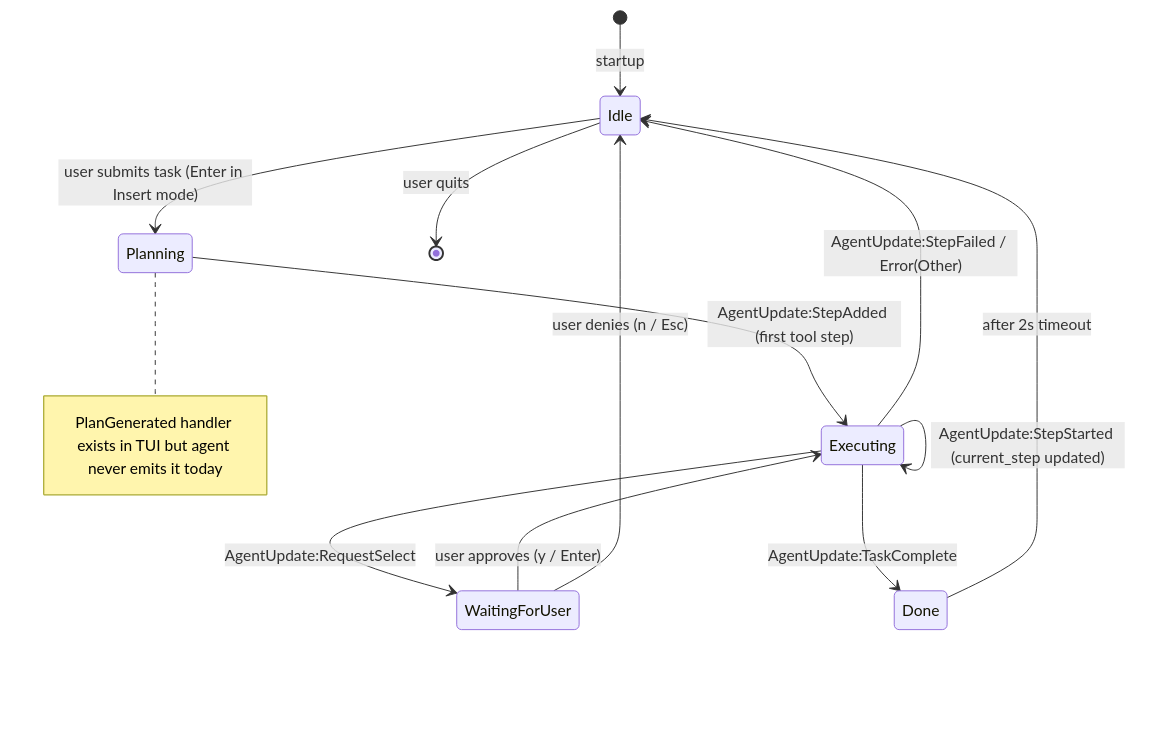
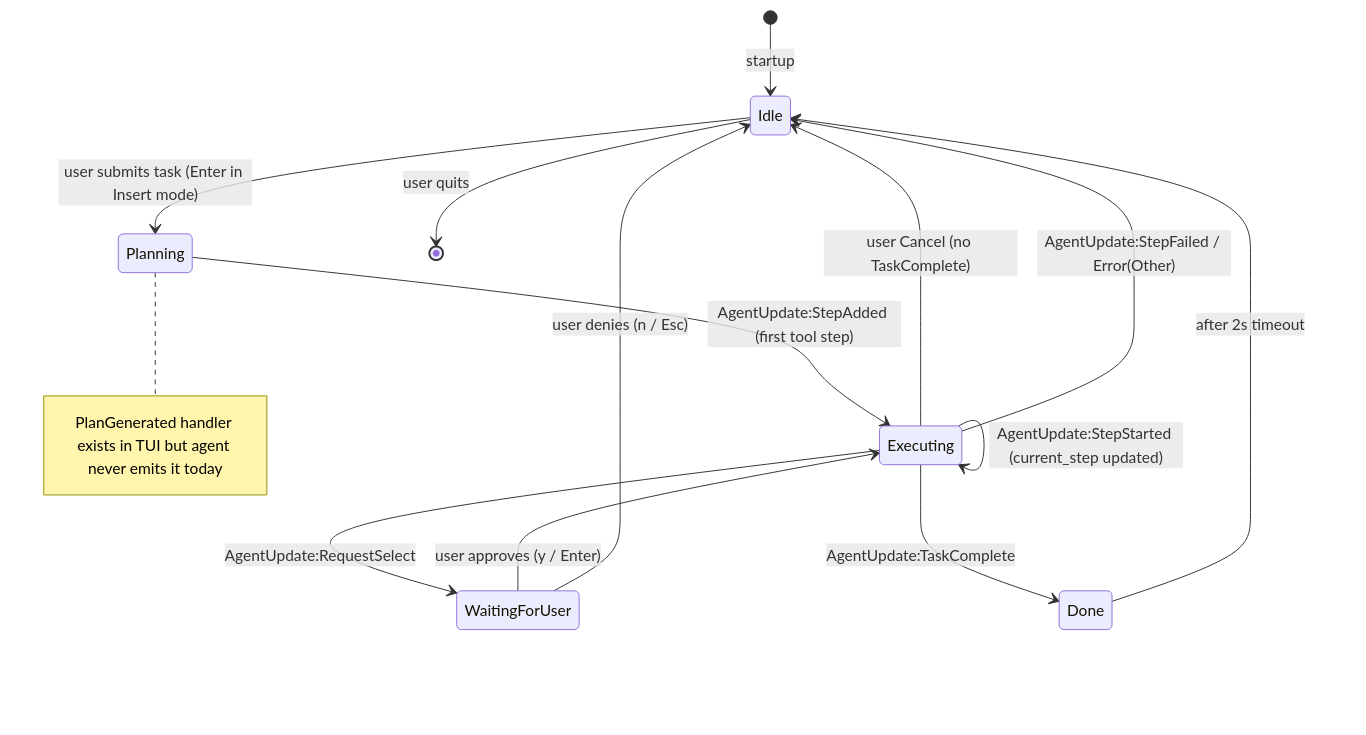
Before and after one commit to rust-infra/tact: the first of 6 diagrams in docs/state_machines.md, drawn with Mermaid. The commit also changed other lines of this file and 18 other files, not shown here.

````diff
--- a/docs/state_machines.md
+++ b/docs/state_machines.md
@@ -25,20 +25,21 @@
 ```mermaid
 stateDiagram-v2
     [*] --> Idle: startup
 
     Idle --> Planning: user submits task (Enter in Insert mode)
     Planning --> Executing: AgentUpdate:StepAdded (first tool step)
 
     Note right of Planning: PlanGenerated handler exists in TUI but agent never emits it today
 
     Executing --> Executing: AgentUpdate:StepStarted (current_step updated)
     Executing --> WaitingForUser: AgentUpdate:RequestSelect
     Executing --> Done: AgentUpdate:TaskComplete
+    Executing --> Idle: user Cancel (no TaskComplete)
     Executing --> Idle: AgentUpdate:StepFailed / Error(Other)
 
     WaitingForUser --> Executing: user approves (y / Enter)
     WaitingForUser --> Idle: user denies (n / Esc)
 
     Done --> Idle: after 2s timeout
     Idle --> [*]: user quits
 ```
````
